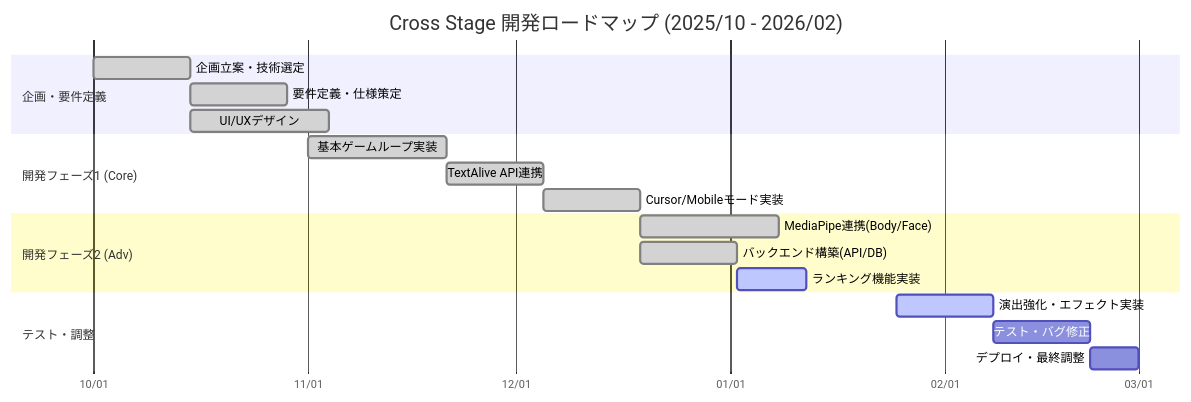
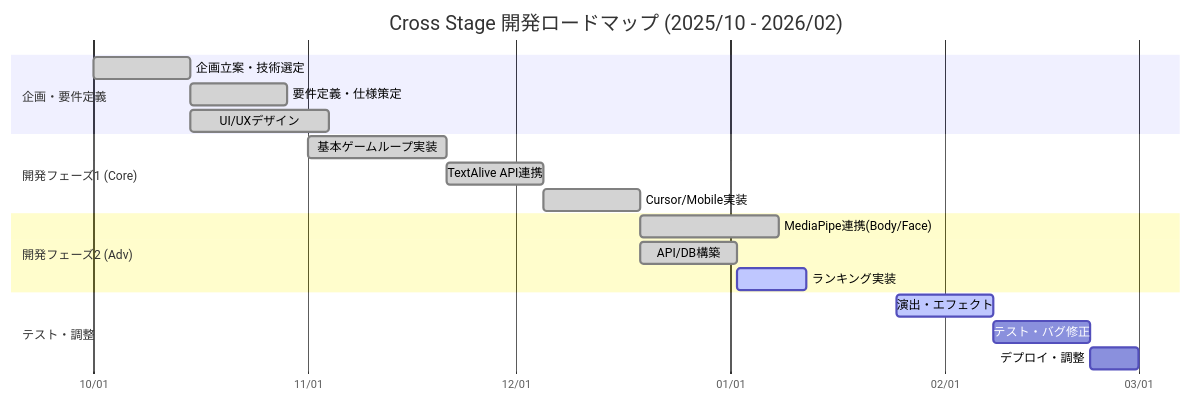
The sixth of 9 diagrams in README.md (syusyusyusyu/star), drawn with Mermaid before and after one commit.

Commit message:
fix: 開発スケジュールの表記を簡潔に修正

````diff
--- a/README.md
+++ b/README.md
@@ -195,26 +195,26 @@
 ```mermaid
 gantt
     title Cross Stage 開発ロードマップ (2025/10 - 2026/02)
     dateFormat  YYYY-MM-DD
     axisFormat %m/%d
     
     section 企画・要件定義
     企画立案・技術選定       :done, a1, 2025-10-01, 14d
     要件定義・仕様策定       :done, a2, after a1, 14d
     UI/UXデザイン           :done, a3, after a1, 20d
     
     section 開発フェーズ1 (Core)
     基本ゲームループ実装     :done, b1, 2025-11-01, 20d
     TextAlive API連携       :done, b2, after b1, 14d
-    Cursor/Mobileモード実装 :done, b3, after b2, 14d
+    Cursor/Mobile実装       :done, b3, after b2, 14d
     
     section 開発フェーズ2 (Adv)
     MediaPipe連携(Body/Face):done, c1, after b3, 20d
-    バックエンド構築(API/DB):done, c2, after b3, 14d
-    ランキング機能実装       :active, c3, after c2, 10d
+    API/DB構築              :done, c2, after b3, 14d
+    ランキング実装           :active, c3, after c2, 10d
     
     section テスト・調整
-    演出強化・エフェクト実装 :active, d1, 2026-01-25, 14d
+    演出・エフェクト         :active, d1, 2026-01-25, 14d
     テスト・バグ修正         :d2, after d1, 14d
-    デプロイ・最終調整       :d3, after d2, 7d
+    デプロイ・調整           :d3, after d2, 7d
 ```
````
